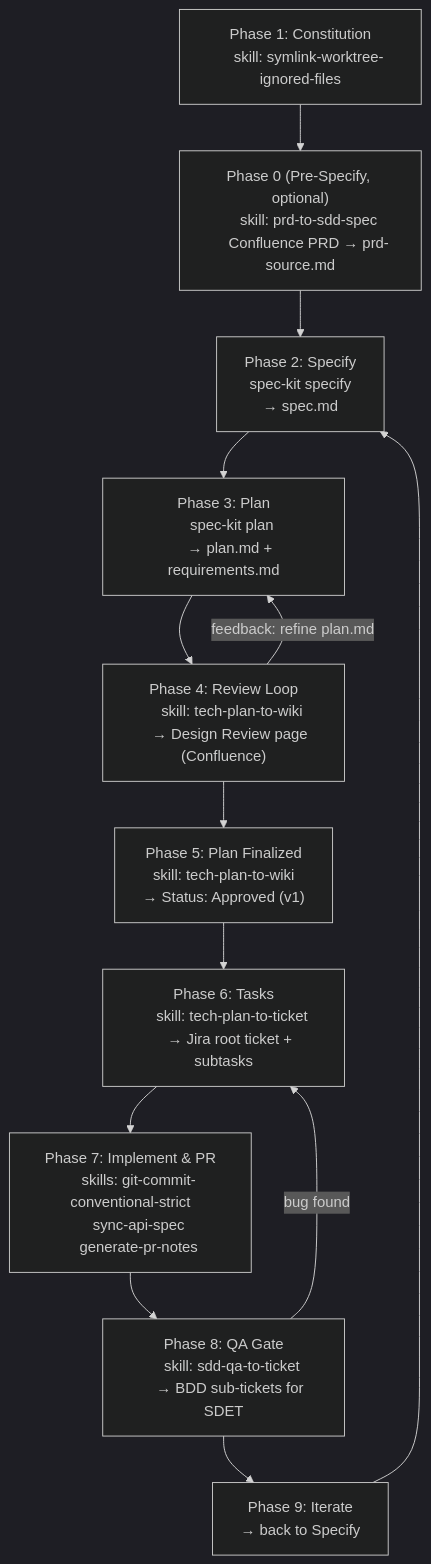
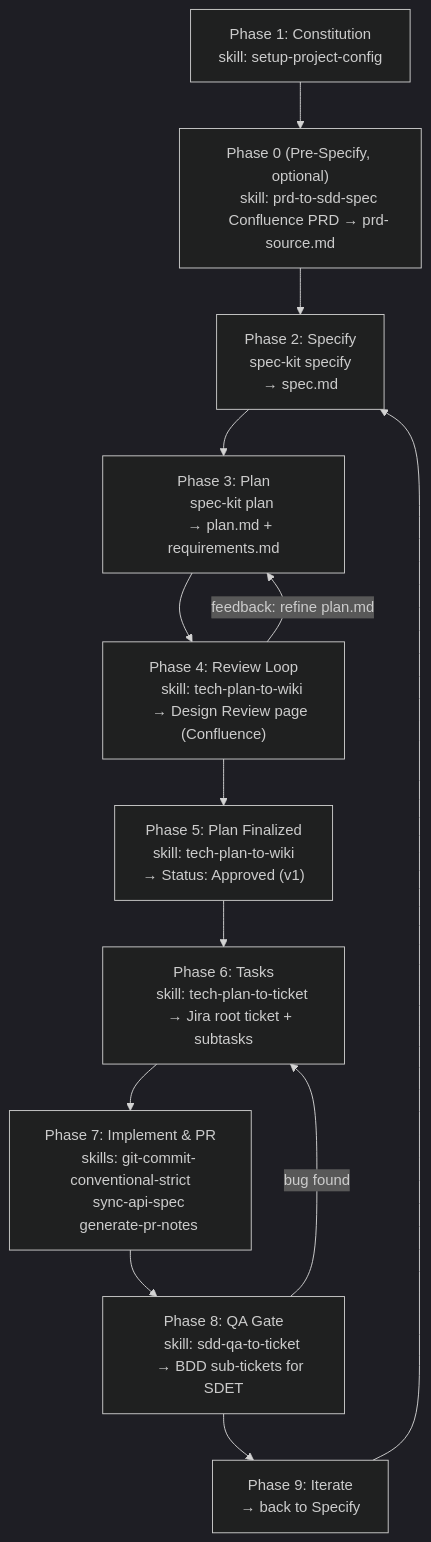
The second of 3 diagrams in docs/sdd-quick-reference.md (jamesyang124/agent-skills), drawn with Mermaid (dark theme) before and after one commit. The commit also changed other lines of this file and 8 other files, not shown here.

First line of the commit message:
chore(skills): 🔥 remove symlink-worktree-ignored-files; changelog explains the restructure

````diff
--- a/docs/sdd-quick-reference.md
+++ b/docs/sdd-quick-reference.md
@@ -28,54 +28,54 @@
 ```mermaid
 graph TD
     P1["Phase 1: Constitution
-    skill: symlink-worktree-ignored-files"]
+    skill: setup-project-config"]
 
     P0["Phase 0 (Pre-Specify, optional)
     skill: prd-to-sdd-spec
     Confluence PRD → prd-source.md"]
 
     P2["Phase 2: Specify
     spec-kit specify
     → spec.md"]
 
     P3["Phase 3: Plan
     spec-kit plan
     → plan.md + requirements.md"]
 
     P4["Phase 4: Review Loop
     skill: tech-plan-to-wiki
     → Design Review page (Confluence)"]
 
     P5["Phase 5: Plan Finalized
     skill: tech-plan-to-wiki
     → Status: Approved (v1)"]
 
     P6["Phase 6: Tasks
     skill: tech-plan-to-ticket
     → Jira root ticket + subtasks"]
 
     P7["Phase 7: Implement & PR
     skills: git-commit-conventional-strict
     sync-api-spec
     generate-pr-notes"]
 
     P8["Phase 8: QA Gate
     skill: sdd-qa-to-ticket
     → BDD sub-tickets for SDET"]
 
     P9["Phase 9: Iterate
     → back to Specify"]
 
     P1 --> P0
     P0 --> P2
     P2 --> P3
     P3 --> P4
     P4 -->|"feedback: refine plan.md"| P3
     P4 --> P5
     P5 --> P6
     P6 --> P7
     P7 --> P8
     P8 -->|"bug found"| P6
     P8 --> P9
     P9 --> P2
 ```
````
